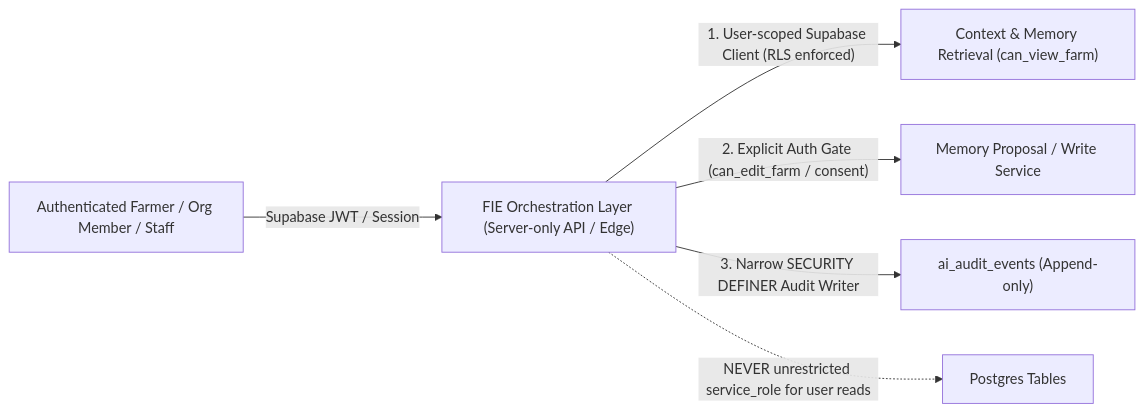
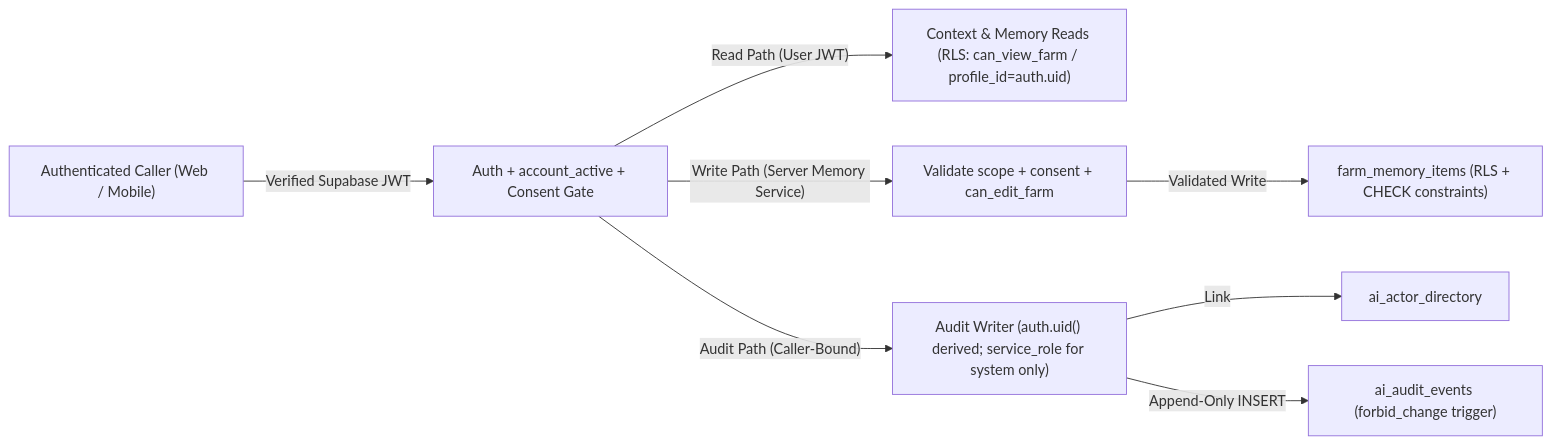
The diagram in docs/architecture/batch-03/BATCH_03_0_SECURITY_AND_GOVERNANCE.md (farmconnect-ux/cultivanode), drawn with Mermaid before and after one commit. The commit also changed other lines of this file and 10 other files, not shown here.

Commit message:
docs(architecture): resolve Batch 03.0 review findings

````diff
--- a/docs/architecture/batch-03/BATCH_03_0_SECURITY_AND_GOVERNANCE.md
+++ b/docs/architecture/batch-03/BATCH_03_0_SECURITY_AND_GOVERNANCE.md
@@ -10,8 +11,10 @@
 ```mermaid
 flowchart LR
-  User["Authenticated Farmer / Org Member / Staff"] -->|"Supabase JWT / Session"| Orch["FIE Orchestration Layer (Server-only API / Edge)"]
-  Orch -->|"1. User-scoped Supabase Client (RLS enforced)"| ContextRPC["Context & Memory Retrieval (can_view_farm)"]
-  Orch -->|"2. Explicit Auth Gate (can_edit_farm / consent)"| MemoryWrite["Memory Proposal / Write Service"]
-  Orch -->|"3. Narrow SECURITY DEFINER Audit Writer"| AuditReg["ai_audit_events (Append-only)"]
-  Orch -. "NEVER unrestricted service_role for user reads" .-> DB["Postgres Tables"]
+  User["Authenticated Caller (Web / Mobile)"] -->|"Verified Supabase JWT"| Gate["Auth + account_active + Consent Gate"]
+  Gate -->|"Read Path (User JWT)"| ReadDB["Context & Memory Reads (RLS: can_view_farm / profile_id=auth.uid)"]
+  Gate -->|"Write Path (Server Memory Service)"| MemSvc["Validate scope + consent + can_edit_farm"]
+  MemSvc -->|"Validated Write"| MemDB["farm_memory_items (RLS + CHECK constraints)"]
+  Gate -->|"Audit Path (Caller-Bound)"| AudW["Audit Writer (auth.uid() derived; service_role for system only)"]
+  AudW -->|"Link"| Dir["ai_actor_directory"]
+  AudW -->|"Append-Only INSERT"| AudDB["ai_audit_events (forbid_change trigger)"]
 ```
````
